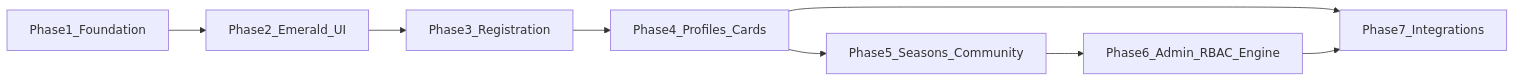
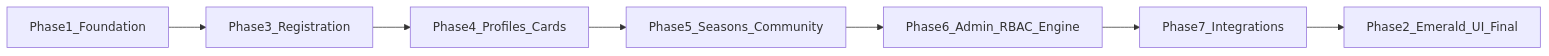
One commit to rohit5612/Dotatourney changed the first of 2 diagrams in season2-implementation-phases.md. Above: the diagram before and after it, drawn with Mermaid. The commit also changed other lines of this file and 89 other files, not shown here.

````diff
--- a/season2-implementation-phases.md
+++ b/season2-implementation-phases.md
@@ -99,17 +99,16 @@
 ```mermaid
 flowchart LR
   P1[Phase1_Foundation]
-  P2[Phase2_Emerald_UI]
   P3[Phase3_Registration]
   P4[Phase4_Profiles_Cards]
   P5[Phase5_Seasons_Community]
   P6[Phase6_Admin_RBAC_Engine]
   P7[Phase7_Integrations]
-  P1 --> P2
-  P2 --> P3
+  P2[Phase2_Emerald_UI_Final]
+  P1 --> P3
   P3 --> P4
   P4 --> P5
   P5 --> P6
-  P4 --> P7
   P6 --> P7
+  P7 --> P2
 ```
````
